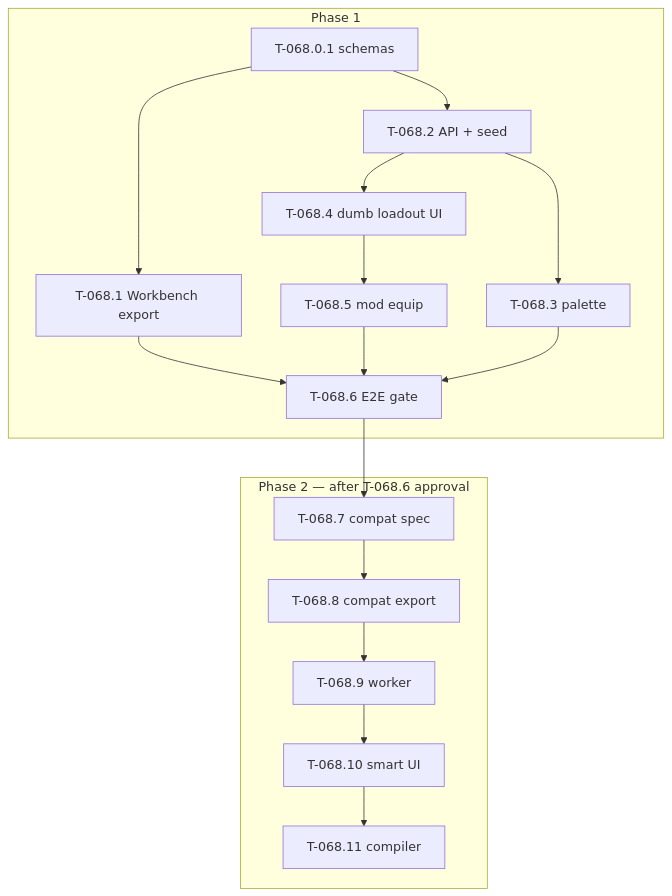
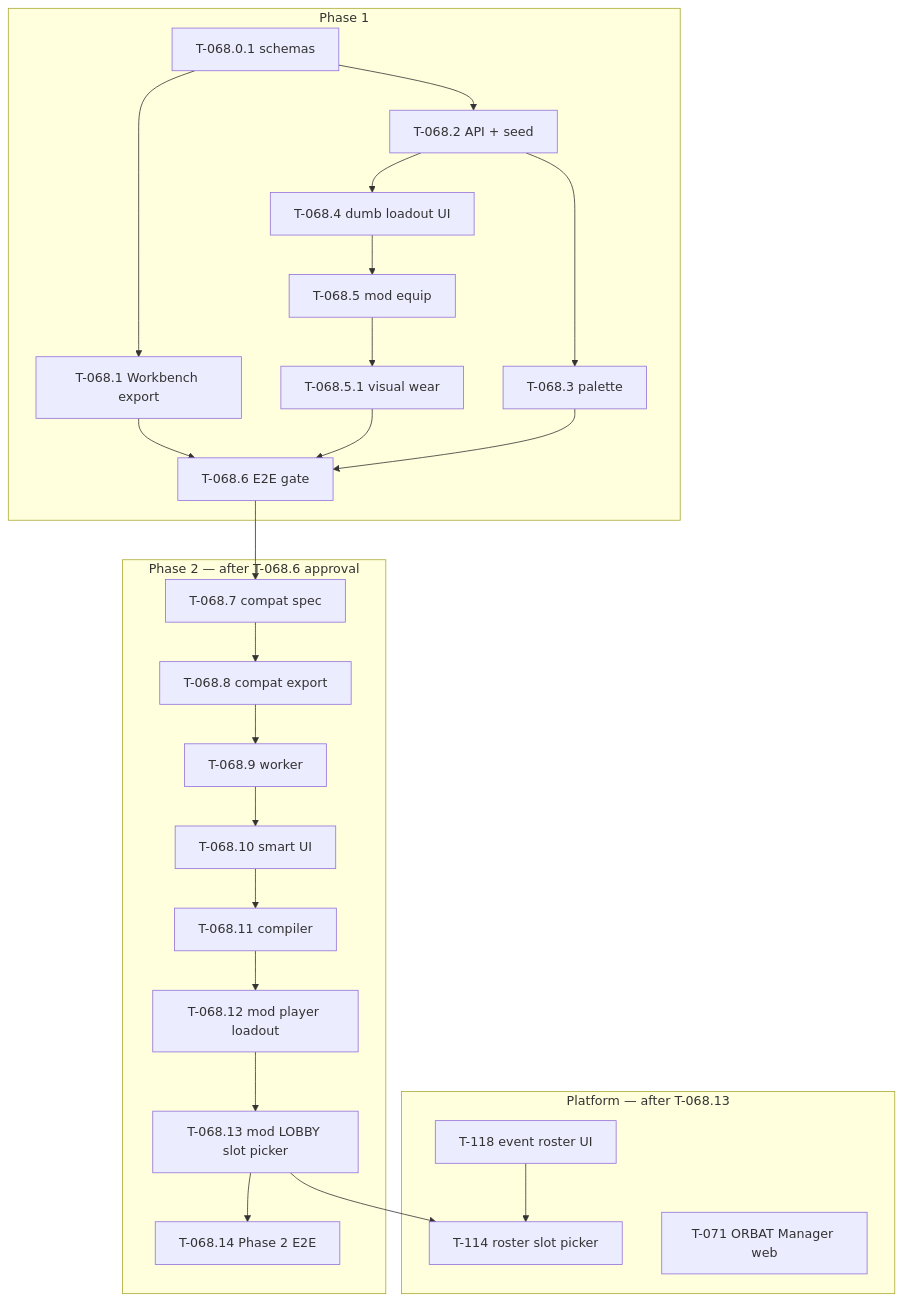
One commit to darkforce09/TBD-reforger changed the diagram in docs/specs/Mission_Creator_Architecture/t068_virtual_arsenal_program.md. Above: the diagram before and after it, drawn with Mermaid. The commit also changed other lines of this file and 52 other files, not shown here.

````diff
--- a/docs/specs/Mission_Creator_Architecture/t068_virtual_arsenal_program.md
+++ b/docs/specs/Mission_Creator_Architecture/t068_virtual_arsenal_program.md
@@ -93,32 +123,47 @@
 ```mermaid
 flowchart TD
   subgraph p1 [Phase 1]
     S01[T-068.0.1 schemas]
     S1[T-068.1 Workbench export]
     S2[T-068.2 API + seed]
     S3[T-068.3 palette]
     S4[T-068.4 dumb loadout UI]
     S5[T-068.5 mod equip]
+    S51[T-068.5.1 visual wear]
     S6[T-068.6 E2E gate]
     S01 --> S1
     S01 --> S2
     S1 --> S6
     S2 --> S3
     S2 --> S4
     S4 --> S5
-    S5 --> S6
+    S5 --> S51
+    S51 --> S6
     S3 --> S6
   end
   subgraph p2 [Phase 2 — after T-068.6 approval]
     S7[T-068.7 compat spec]
     S8[T-068.8 compat export]
     S9[T-068.9 worker]
     S10[T-068.10 smart UI]
     S11[T-068.11 compiler]
+    S12[T-068.12 mod player loadout]
+    S13[T-068.13 mod LOBBY slot picker]
+    S14[T-068.14 Phase 2 E2E]
     S6 --> S7
     S7 --> S8
     S8 --> S9
     S9 --> S10
     S10 --> S11
+    S11 --> S12
+    S12 --> S13
+    S13 --> S14
+  end
+  subgraph platform [Platform — after T-068.13]
+    T118[T-118 event roster UI]
+    T114[T-114 roster slot picker]
+    T71[T-071 ORBAT Manager web]
+    S13 --> T114
+    T118 --> T114
   end
 ```
````
